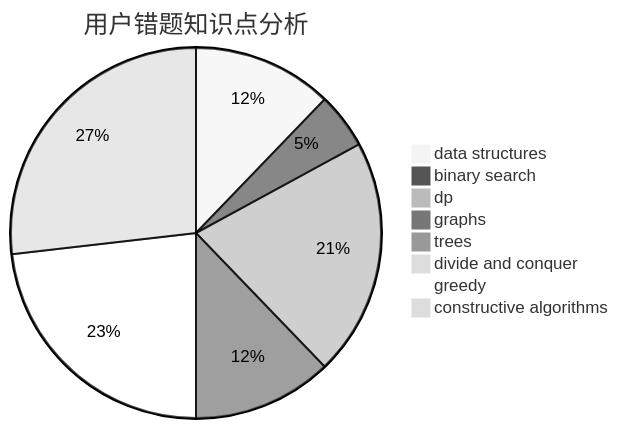
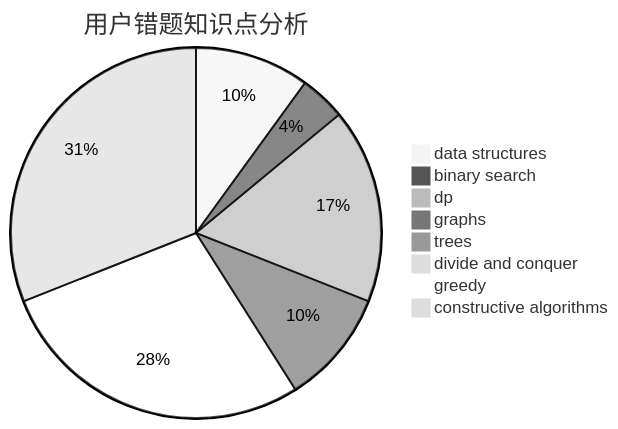
The third of 3 diagrams in docs/user/u2555.md (sherpahu/cfrs.github.io), drawn with Mermaid (neutral theme) before and after one commit. The commit also changed other lines of this file and 2770 other files, not shown here.

````diff
--- a/docs/user/u2555.md
+++ b/docs/user/u2555.md
@@ -36,11 +36,11 @@
 ```mermaid
 pie title 用户错题知识点分析
     "data structures" :  10
     "binary search" :  4
     "dp" :  17
     "graphs" :  10
     "trees" :  0
     "divide and conquer" :  0
-    "greedy" :  19
-    "constructive algorithms" :  22
+    "greedy" :  28
+    "constructive algorithms" :  31
 ```
````
